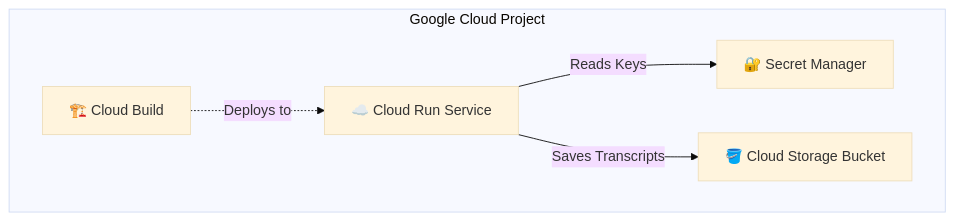
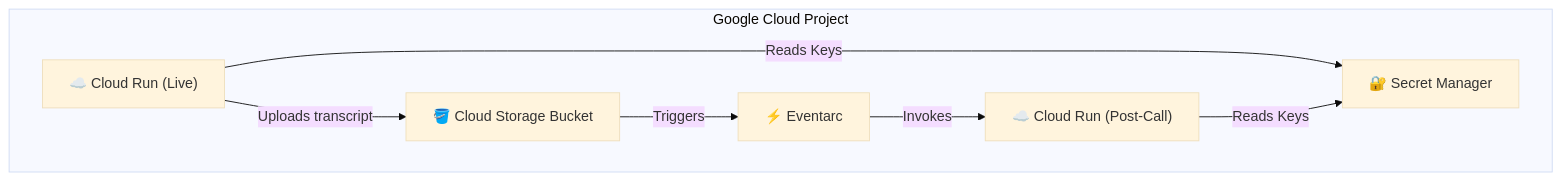
The fifth of 5 diagrams in docs/architecture/index.md (TheWinterShadow/GhostBrain), drawn with Mermaid (base theme) before and after one commit. The commit also changed other lines of this file and 5 other files, not shown here.

````diff
--- a/docs/architecture/index.md
+++ b/docs/architecture/index.md
@@ -192,13 +167,17 @@
 ```mermaid
 flowchart TD
     subgraph GCP ["Google Cloud Project"]
-        CR["☁️ Cloud Run Service"]
+        CR_LIVE["☁️ Cloud Run (Live)"]
+        CR_POST["☁️ Cloud Run (Post-Call)"]
         GCS["🪣 Cloud Storage Bucket"]
-        CB["🏗️ Cloud Build"]
+        EV["⚡ Eventarc"]
         SM["🔐 Secret Manager"]
 
-        CB -.->|"Deploys to"| CR
-        CR -->|"Reads Keys"| SM
-        CR -->|"Saves Transcripts"| GCS
+        CR_LIVE -->|"Uploads transcript"| GCS
+        GCS -->|"Triggers"| EV
+        EV -->|"Invokes"| CR_POST
+
+        CR_LIVE -->|"Reads Keys"| SM
+        CR_POST -->|"Reads Keys"| SM
     end
 ```
````
